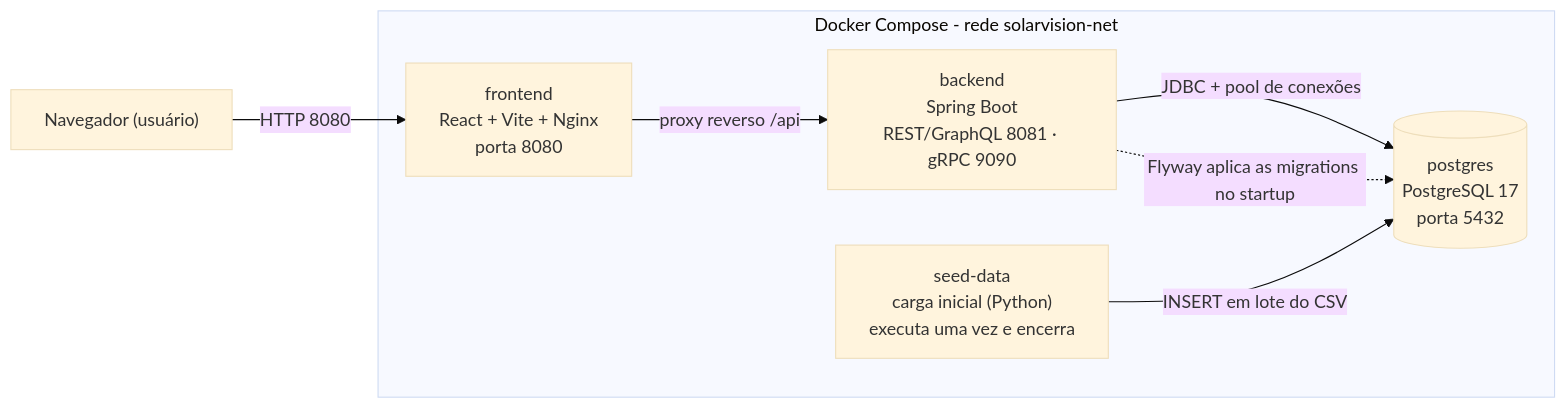
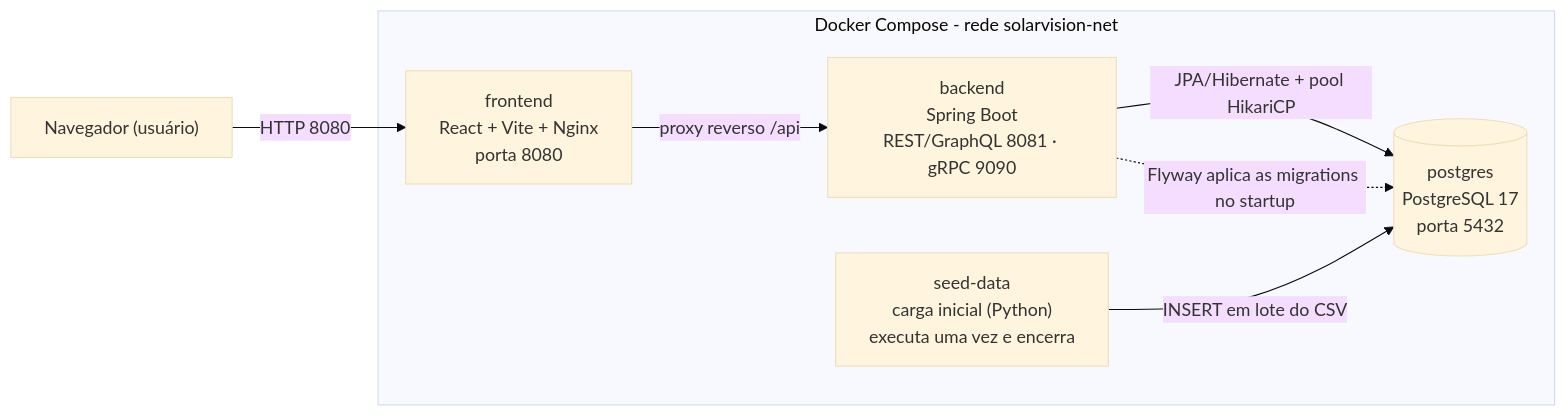
Before and after one commit to danieltanjos/SolarVision: the diagram in readme.md, drawn with Mermaid (base theme). The commit also changed other lines of this file and 17 other files, not shown here.

````diff
--- a/readme.md
+++ b/readme.md
@@ -16,17 +16,17 @@
 ```mermaid
 flowchart LR
     browser["Navegador (usuário)"]
 
     subgraph compose["Docker Compose - rede solarvision-net"]
         frontend["frontend<br/>React + Vite + Nginx<br/>porta 8080"]
         backend["backend<br/>Spring Boot<br/>REST/GraphQL 8081 · gRPC 9090"]
         db[("postgres<br/>PostgreSQL 17<br/>porta 5432")]
         seeder["seed-data<br/>carga inicial (Python)<br/>executa uma vez e encerra"]
     end
 
     browser -->|HTTP 8080| frontend
     frontend -->|proxy reverso /api| backend
-    backend -->|JDBC + pool de conexões| db
+    backend -->|JPA/Hibernate + pool HikariCP| db
     seeder -->|INSERT em lote do CSV| db
     backend -.->|Flyway aplica as migrations no startup| db
 ```
````
